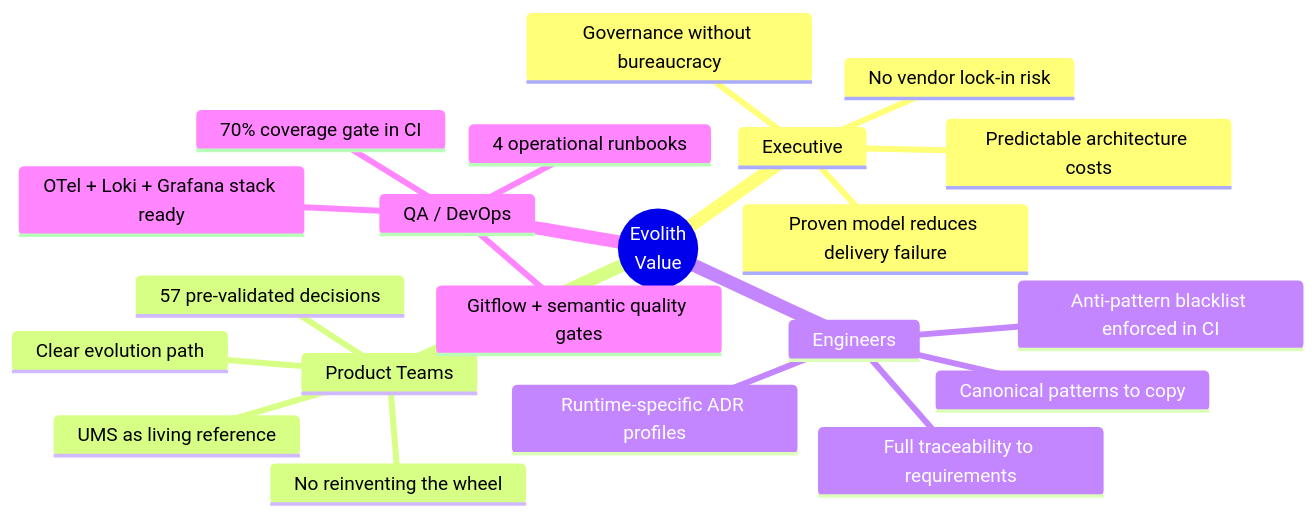
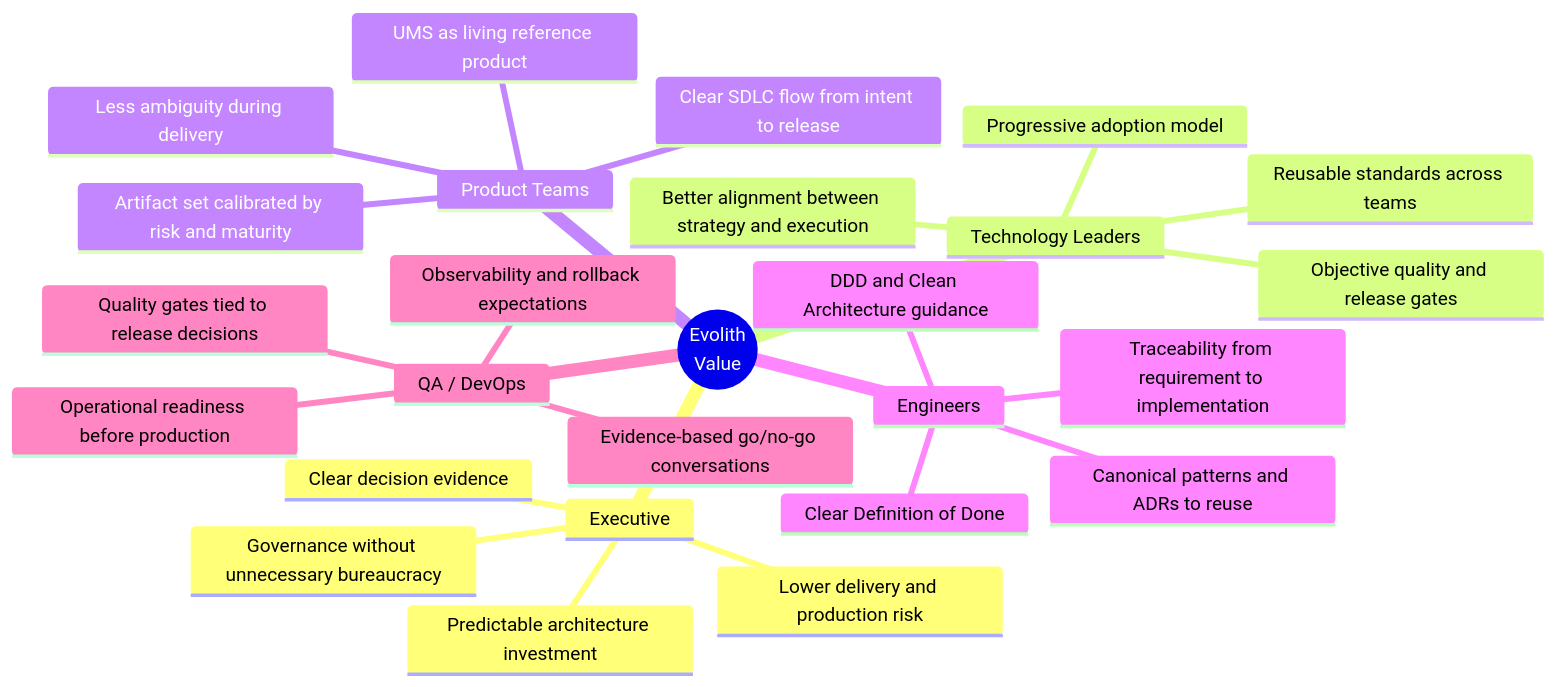
The fourth of 4 diagrams in reference/governance/standards/communication/visuals/v01-executive-one-pager.md (beyondnetcode/evolith_arch32), drawn with Mermaid before and after one commit. The commit also changed other lines of this file, not shown here.

Commit message:
docs(visuals): refresh executive one pager with current Evolith and UMS model

````diff
--- a/reference/governance/standards/communication/visuals/v01-executive-one-pager.md
+++ b/reference/governance/standards/communication/visuals/v01-executive-one-pager.md
@@ -98,24 +95,29 @@
 ```mermaid
 mindmap
   root((Evolith<br/>Value))
     Executive
-      Predictable architecture costs
-      No vendor lock-in risk
-      Proven model reduces delivery failure
-      Governance without bureaucracy
+      Predictable architecture investment
+      Lower delivery and production risk
+      Governance without unnecessary bureaucracy
+      Clear decision evidence
+    Technology Leaders
+      Reusable standards across teams
+      Progressive adoption model
+      Objective quality and release gates
+      Better alignment between strategy and execution
     Product Teams
-      57 pre-validated decisions
-      No reinventing the wheel
-      Clear evolution path
-      UMS as living reference
+      Clear SDLC flow from intent to release
+      Artifact set calibrated by risk and maturity
+      UMS as living reference product
+      Less ambiguity during delivery
     Engineers
-      Canonical patterns to copy
-      Anti-pattern blacklist enforced in CI
-      Runtime-specific ADR profiles
-      Full traceability to requirements
+      DDD and Clean Architecture guidance
+      Canonical patterns and ADRs to reuse
+      Clear Definition of Done
+      Traceability from requirement to implementation
     QA / DevOps
-      70% coverage gate in CI
-      4 operational runbooks
-      OTel + Loki + Grafana stack ready
-      Gitflow + semantic quality gates
+      Quality gates tied to release decisions
+      Operational readiness before production
+      Observability and rollback expectations
+      Evidence-based go/no-go conversations
 ```
````
